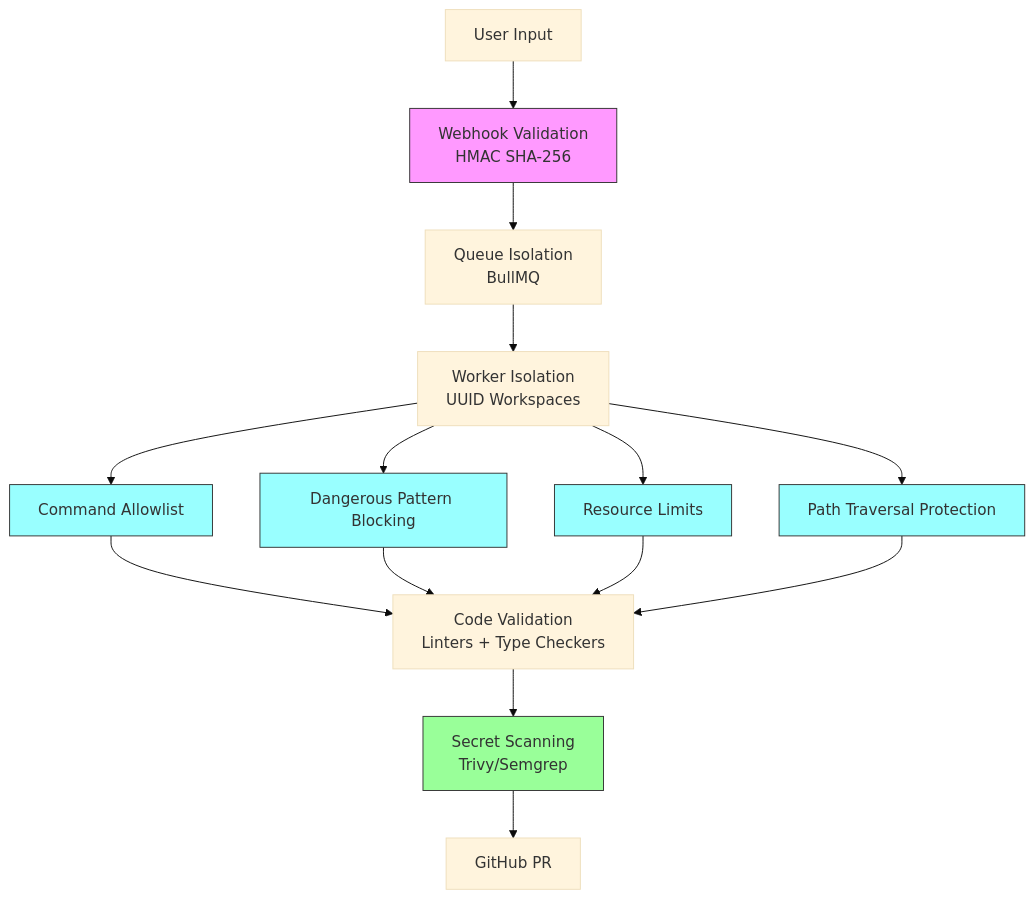
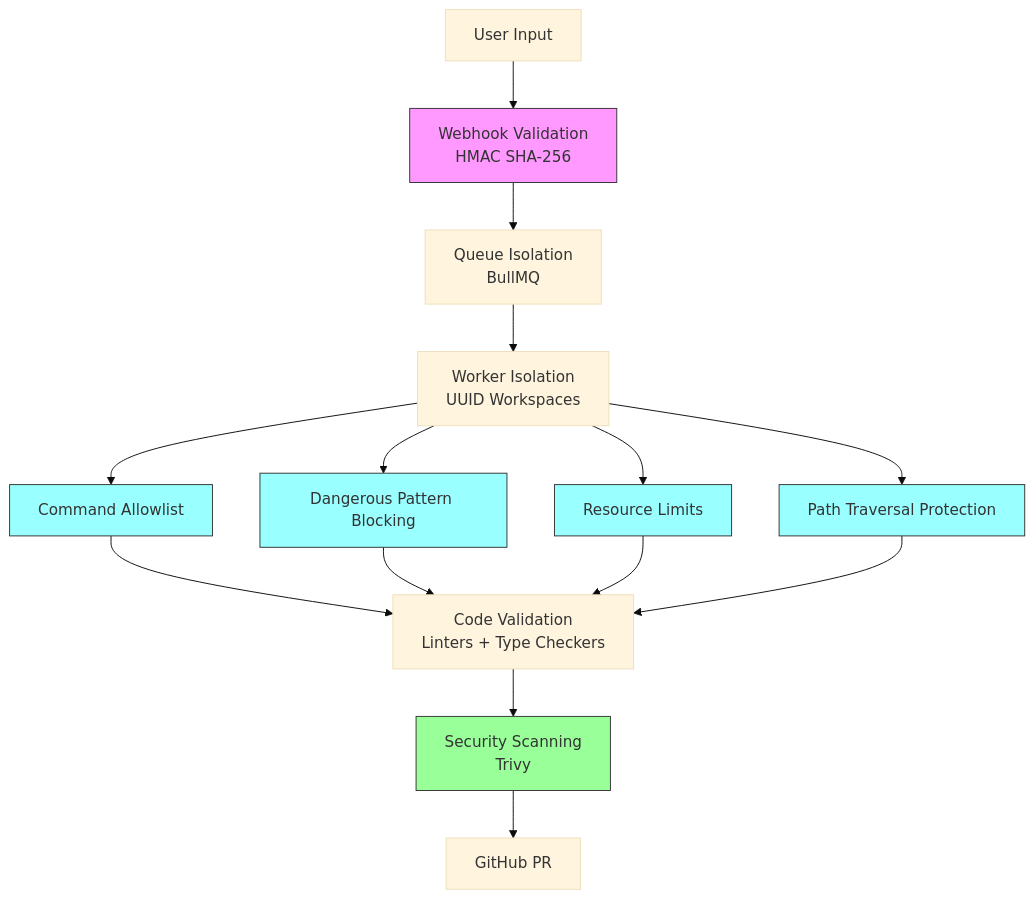
The fifth of 7 diagrams in ARCHITECTURE.md (Replikanti/ralph-platform), drawn with Mermaid (base theme) before and after one commit. The commit also changed other lines of this file and 3 other files, not shown here.

First line of the commit message:
docs: replace Semgrep with Trivy in all documentation

````diff
--- a/ARCHITECTURE.md
+++ b/ARCHITECTURE.md
@@ -403,26 +411,26 @@
 ```mermaid
 graph TD
     Input[User Input] --> Webhook[Webhook Validation<br/>HMAC SHA-256]
     Webhook --> Queue[Queue Isolation<br/>BullMQ]
     Queue --> Worker[Worker Isolation<br/>UUID Workspaces]
 
     Worker --> Commands[Command Allowlist]
     Worker --> Patterns[Dangerous Pattern Blocking]
     Worker --> Resources[Resource Limits]
     Worker --> Paths[Path Traversal Protection]
 
     Commands --> Validation[Code Validation<br/>Linters + Type Checkers]
     Patterns --> Validation
     Resources --> Validation
     Paths --> Validation
 
-    Validation --> Scanning[Secret Scanning<br/>Trivy/Semgrep]
+    Validation --> Scanning[Security Scanning<br/>Trivy]
     Scanning --> GitHub[GitHub PR]
 
     style Webhook fill:#f9f,stroke:#333
     style Commands fill:#9ff,stroke:#333
     style Patterns fill:#9ff,stroke:#333
     style Resources fill:#9ff,stroke:#333
     style Paths fill:#9ff,stroke:#333
     style Scanning fill:#9f9,stroke:#333
 ```
````
